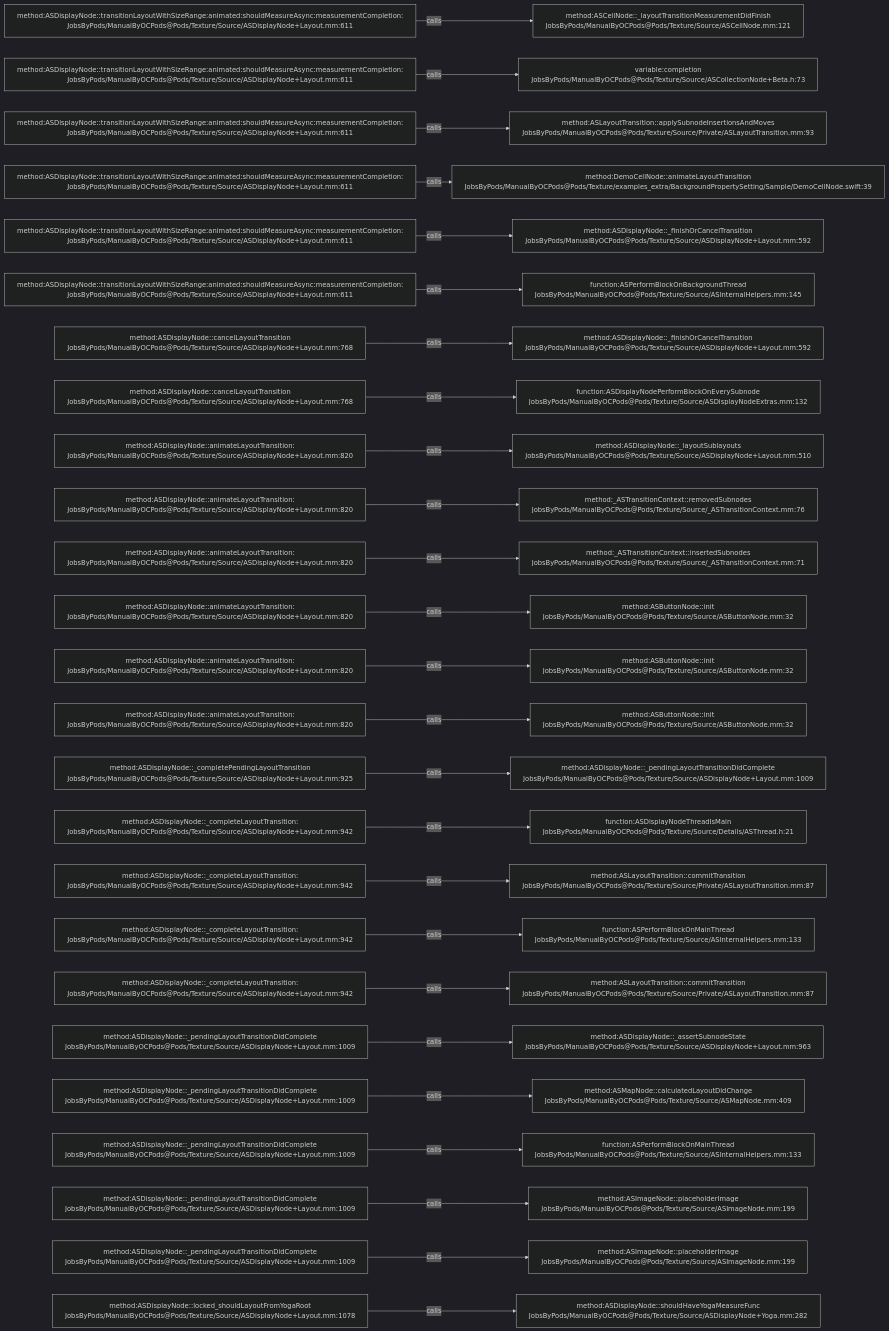
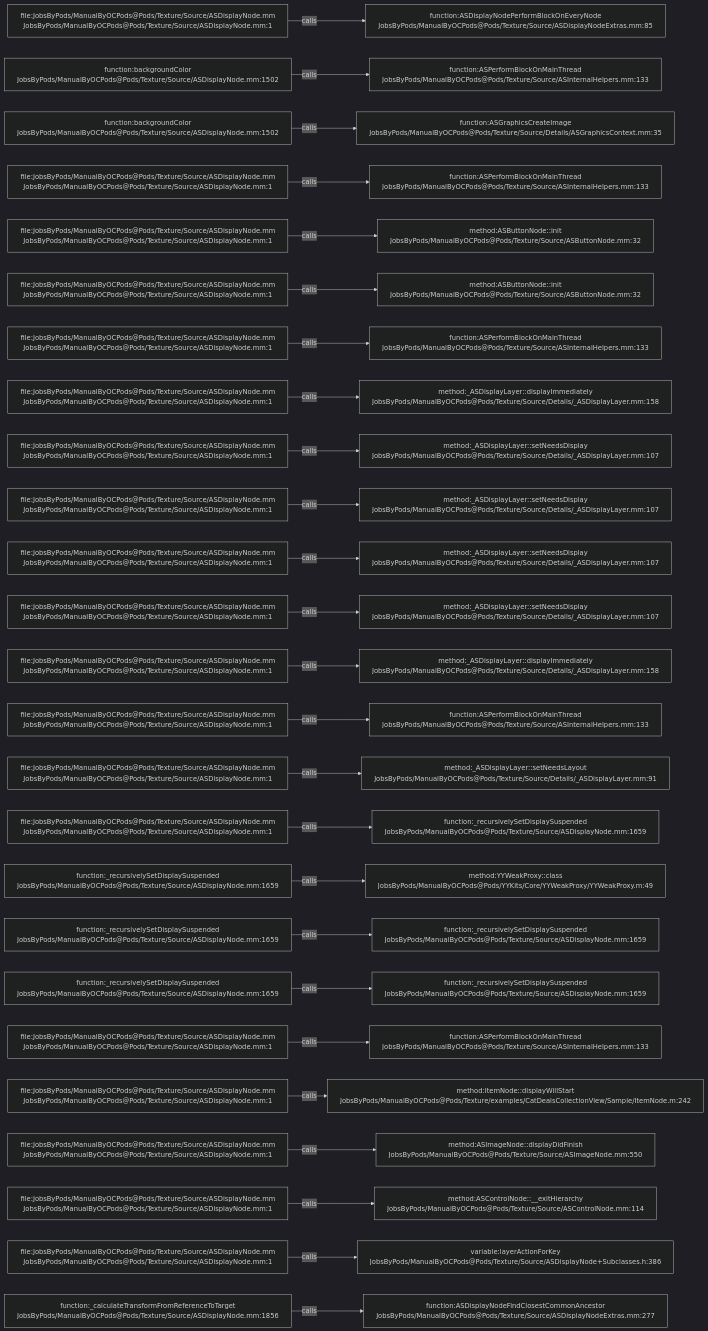
The diagram in .codegraph/codegraph.md/graphs/calls-085.md (JobsKits/JobsOCBaseConfigDemo), drawn with Mermaid (dark theme) before and after one commit. The commit also changed 2723 other files, not shown here.

````diff
--- a/.codegraph/codegraph.md/graphs/calls-085.md
+++ b/.codegraph/codegraph.md/graphs/calls-085.md
@@ -13,78 +13,78 @@
 ```mermaid
 flowchart LR
-  S1["method:ASDisplayNode::transitionLayoutWithSizeRange:animated:shouldMeasureAsync:measurementCompletion:<br/>JobsByPods/ManualByOCPods@Pods/Texture/Source/ASDisplayNode+Layout.mm:611"]
-  T1["method:ASCellNode::_layoutTransitionMeasurementDidFinish<br/>JobsByPods/ManualByOCPods@Pods/Texture/Source/ASCellNode.mm:121"]
+  S1["file:JobsByPods/ManualByOCPods@Pods/Texture/Source/ASDisplayNode.mm<br/>JobsByPods/ManualByOCPods@Pods/Texture/Source/ASDisplayNode.mm:1"]
+  T1["function:ASDisplayNodePerformBlockOnEveryNode<br/>JobsByPods/ManualByOCPods@Pods/Texture/Source/ASDisplayNodeExtras.mm:85"]
   S1 -->|calls| T1
-  S2["method:ASDisplayNode::transitionLayoutWithSizeRange:animated:shouldMeasureAsync:measurementCompletion:<br/>JobsByPods/ManualByOCPods@Pods/Texture/Source/ASDisplayNode+Layout.mm:611"]
-  T2["variable:completion<br/>JobsByPods/ManualByOCPods@Pods/Texture/Source/ASCollectionNode+Beta.h:73"]
+  S2["function:backgroundColor<br/>JobsByPods/ManualByOCPods@Pods/Texture/Source/ASDisplayNode.mm:1502"]
+  T2["function:ASPerformBlockOnMainThread<br/>JobsByPods/ManualByOCPods@Pods/Texture/Source/ASInternalHelpers.mm:133"]
   S2 -->|calls| T2
-  S3["method:ASDisplayNode::transitionLayoutWithSizeRange:animated:shouldMeasureAsync:measurementCompletion:<br/>JobsByPods/ManualByOCPods@Pods/Texture/Source/ASDisplayNode+Layout.mm:611"]
-  T3["method:ASLayoutTransition::applySubnodeInsertionsAndMoves<br/>JobsByPods/ManualByOCPods@Pods/Texture/Source/Private/ASLayoutTransition.mm:93"]
+  S3["function:backgroundColor<br/>JobsByPods/ManualByOCPods@Pods/Texture/Source/ASDisplayNode.mm:1502"]
+  T3["function:ASGraphicsCreateImage<br/>JobsByPods/ManualByOCPods@Pods/Texture/Source/Details/ASGraphicsContext.mm:35"]
   S3 -->|calls| T3
-  S4["method:ASDisplayNode::transitionLayoutWithSizeRange:animated:shouldMeasureAsync:measurementCompletion:<br/>JobsByPods/ManualByOCPods@Pods/Texture/Source/ASDisplayNode+Layout.mm:611"]
-  T4["method:DemoCellNode::animateLayoutTransition<br/>JobsByPods/ManualByOCPods@Pods/Texture/examples_extra/BackgroundPropertySetting/Sample/DemoCellNode.swift:39"]
+  S4["file:JobsByPods/ManualByOCPods@Pods/Texture/Source/ASDisplayNode.mm<br/>JobsByPods/ManualByOCPods@Pods/Texture/Source/ASDisplayNode.mm:1"]
+  T4["function:ASPerformBlockOnMainThread<br/>JobsByPods/ManualByOCPods@Pods/Texture/Source/ASInternalHelpers.mm:133"]
   S4 -->|calls| T4
-  S5["method:ASDisplayNode::transitionLayoutWithSizeRange:animated:shouldMeasureAsync:measurementCompletion:<br/>JobsByPods/ManualByOCPods@Pods/Texture/Source/ASDisplayNode+Layout.mm:611"]
-  T5["method:ASDisplayNode::_finishOrCancelTransition<br/>JobsByPods/ManualByOCPods@Pods/Texture/Source/ASDisplayNode+Layout.mm:592"]
+  S5["file:JobsByPods/ManualByOCPods@Pods/Texture/Source/ASDisplayNode.mm<br/>JobsByPods/ManualByOCPods@Pods/Texture/Source/ASDisplayNode.mm:1"]
+  T5["method:ASButtonNode::init<br/>JobsByPods/ManualByOCPods@Pods/Texture/Source/ASButtonNode.mm:32"]
   S5 -->|calls| T5
-  S6["method:ASDisplayNode::transitionLayoutWithSizeRange:animated:shouldMeasureAsync:measurementCompletion:<br/>JobsByPods/ManualByOCPods@Pods/Texture/Source/ASDisplayNode+Layout.mm:611"]
-  T6["function:ASPerformBlockOnBackgroundThread<br/>JobsByPods/ManualByOCPods@Pods/Texture/Source/ASInternalHelpers.mm:145"]
+  S6["file:JobsByPods/ManualByOCPods@Pods/Texture/Source/ASDisplayNode.mm<br/>JobsByPods/ManualByOCPods@Pods/Texture/Source/ASDisplayNode.mm:1"]
+  T6["method:ASButtonNode::init<br/>JobsByPods/ManualByOCPods@Pods/Texture/Source/ASButtonNode.mm:32"]
   S6 -->|calls| T6
-  S7["method:ASDisplayNode::cancelLayoutTransition<br/>JobsByPods/ManualByOCPods@Pods/Texture/Source/ASDisplayNode+Layout.mm:768"]
-  T7["method:ASDisplayNode::_finishOrCancelTransition<br/>JobsByPods/ManualByOCPods@Pods/Texture/Source/ASDisplayNode+Layout.mm:592"]
+  S7["file:JobsByPods/ManualByOCPods@Pods/Texture/Source/ASDisplayNode.mm<br/>JobsByPods/ManualByOCPods@Pods/Texture/Source/ASDisplayNode.mm:1"]
+  T7["function:ASPerformBlockOnMainThread<br/>JobsByPods/ManualByOCPods@Pods/Texture/Source/ASInternalHelpers.mm:133"]
   S7 -->|calls| T7
-  S8["method:ASDisplayNode::cancelLayoutTransition<br/>JobsByPods/ManualByOCPods@Pods/Texture/Source/ASDisplayNode+Layout.mm:768"]
-  T8["function:ASDisplayNodePerformBlockOnEverySubnode<br/>JobsByPods/ManualByOCPods@Pods/Texture/Source/ASDisplayNodeExtras.mm:132"]
+  S8["file:JobsByPods/ManualByOCPods@Pods/Texture/Source/ASDisplayNode.mm<br/>JobsByPods/ManualByOCPods@Pods/Texture/Source/ASDisplayNode.mm:1"]
+  T8["method:_ASDisplayLayer::displayImmediately<br/>JobsByPods/ManualByOCPods@Pods/Texture/Source/Details/_ASDisplayLayer.mm:158"]
   S8 -->|calls| T8
-  S9["method:ASDisplayNode::animateLayoutTransition:<br/>JobsByPods/ManualByOCPods@Pods/Texture/Source/ASDisplayNode+Layout.mm:820"]
-  T9["method:ASDisplayNode::_layoutSublayouts<br/>JobsByPods/ManualByOCPods@Pods/Texture/Source/ASDisplayNode+Layout.mm:510"]
+  S9["file:JobsByPods/ManualByOCPods@Pods/Texture/Source/ASDisplayNode.mm<br/>JobsByPods/ManualByOCPods@Pods/Texture/Source/ASDisplayNode.mm:1"]
+  T9["method:_ASDisplayLayer::setNeedsDisplay<br/>JobsByPods/ManualByOCPods@Pods/Texture/Source/Details/_ASDisplayLayer.mm:107"]
   S9 -->|calls| T9
-  S10["method:ASDisplayNode::animateLayoutTransition:<br/>JobsByPods/ManualByOCPods@Pods/Texture/Source/ASDisplayNode+Layout.mm:820"]
-  T10["method:_ASTransitionContext::removedSubnodes<br/>JobsByPods/ManualByOCPods@Pods/Texture/Source/_ASTransitionContext.mm:76"]
+  S10["file:JobsByPods/ManualByOCPods@Pods/Texture/Source/ASDisplayNode.mm<br/>JobsByPods/ManualByOCPods@Pods/Texture/Source/ASDisplayNode.mm:1"]
+  T10["method:_ASDisplayLayer::setNeedsDisplay<br/>JobsByPods/ManualByOCPods@Pods/Texture/Source/Details/_ASDisplayLayer.mm:107"]
   S10 -->|calls| T10
-  S11["method:ASDisplayNode::animateLayoutTransition:<br/>JobsByPods/ManualByOCPods@Pods/Texture/Source/ASDisplayNode+Layout.mm:820"]
-  T11["method:_ASTransitionContext::insertedSubnodes<br/>JobsByPods/ManualByOCPods@Pods/Texture/Source/_ASTransitionContext.mm:71"]
+  S11["file:JobsByPods/ManualByOCPods@Pods/Texture/Source/ASDisplayNode.mm<br/>JobsByPods/ManualByOCPods@Pods/Texture/Source/ASDisplayNode.mm:1"]
+  T11["method:_ASDisplayLayer::setNeedsDisplay<br/>JobsByPods/ManualByOCPods@Pods/Texture/Source/Details/_ASDisplayLayer.mm:107"]
   S11 -->|calls| T11
-  S12["method:ASDisplayNode::animateLayoutTransition:<br/>JobsByPods/ManualByOCPods@Pods/Texture/Source/ASDisplayNode+Layout.mm:820"]
-  T12["method:ASButtonNode::init<br/>JobsByPods/ManualByOCPods@Pods/Texture/Source/ASButtonNode.mm:32"]
+  S12["file:JobsByPods/ManualByOCPods@Pods/Texture/Source/ASDisplayNode.mm<br/>JobsByPods/ManualByOCPods@Pods/Texture/Source/ASDisplayNode.mm:1"]
+  T12["method:_ASDisplayLayer::setNeedsDisplay<br/>JobsByPods/ManualByOCPods@Pods/Texture/Source/Details/_ASDisplayLayer.mm:107"]
   S12 -->|calls| T12
-  S13["method:ASDisplayNode::animateLayoutTransition:<br/>JobsByPods/ManualByOCPods@Pods/Texture/Source/ASDisplayNode+Layout.mm:820"]
-  T13["method:ASButtonNode::init<br/>JobsByPods/ManualByOCPods@Pods/Texture/Source/ASButtonNode.mm:32"]
+  S13["file:JobsByPods/ManualByOCPods@Pods/Texture/Source/ASDisplayNode.mm<br/>JobsByPods/ManualByOCPods@Pods/Texture/Source/ASDisplayNode.mm:1"]
+  T13["method:_ASDisplayLayer::displayImmediately<br/>JobsByPods/ManualByOCPods@Pods/Texture/Source/Details/_ASDisplayLayer.mm:158"]
   S13 -->|calls| T13
-  S14["method:ASDisplayNode::animateLayoutTransition:<br/>JobsByPods/ManualByOCPods@Pods/Texture/Source/ASDisplayNode+Layout.mm:820"]
-  T14["method:ASButtonNode::init<br/>JobsByPods/ManualByOCPods@Pods/Texture/Source/ASButtonNode.mm:32"]
+  S14["file:JobsByPods/ManualByOCPods@Pods/Texture/Source/ASDisplayNode.mm<br/>JobsByPods/ManualByOCPods@Pods/Texture/Source/ASDisplayNode.mm:1"]
+  T14["function:ASPerformBlockOnMainThread<br/>JobsByPods/ManualByOCPods@Pods/Texture/Source/ASInternalHelpers.mm:133"]
   S14 -->|calls| T14
-  S15["method:ASDisplayNode::_completePendingLayoutTransition<br/>JobsByPods/ManualByOCPods@Pods/Texture/Source/ASDisplayNode+Layout.mm:925"]
-  T15["method:ASDisplayNode::_pendingLayoutTransitionDidComplete<br/>JobsByPods/ManualByOCPods@Pods/Texture/Source/ASDisplayNode+Layout.mm:1009"]
+  S15["file:JobsByPods/ManualByOCPods@Pods/Texture/Source/ASDisplayNode.mm<br/>JobsByPods/ManualByOCPods@Pods/Texture/Source/ASDisplayNode.mm:1"]
+  T15["method:_ASDisplayLayer::setNeedsLayout<br/>JobsByPods/ManualByOCPods@Pods/Texture/Source/Details/_ASDisplayLayer.mm:91"]
   S15 -->|calls| T15
-  S16["method:ASDisplayNode::_completeLayoutTransition:<br/>JobsByPods/ManualByOCPods@Pods/Texture/Source/ASDisplayNode+Layout.mm:942"]
-  T16["function:ASDisplayNodeThreadIsMain<br/>JobsByPods/ManualByOCPods@Pods/Texture/Source/Details/ASThread.h:21"]
+  S16["file:JobsByPods/ManualByOCPods@Pods/Texture/Source/ASDisplayNode.mm<br/>JobsByPods/ManualByOCPods@Pods/Texture/Source/ASDisplayNode.mm:1"]
+  T16["function:_recursivelySetDisplaySuspended<br/>JobsByPods/ManualByOCPods@Pods/Texture/Source/ASDisplayNode.mm:1659"]
   S16 -->|calls| T16
-  S17["method:ASDisplayNode::_completeLayoutTransition:<br/>JobsByPods/ManualByOCPods@Pods/Texture/Source/ASDisplayNode+Layout.mm:942"]
-  T17["method:ASLayoutTransition::commitTransition<br/>JobsByPods/ManualByOCPods@Pods/Texture/Source/Private/ASLayoutTransition.mm:87"]
+  S17["function:_recursivelySetDisplaySuspended<br/>JobsByPods/ManualByOCPods@Pods/Texture/Source/ASDisplayNode.mm:1659"]
+  T17["method:YYWeakProxy::class<br/>JobsByPods/ManualByOCPods@Pods/YYKits/Core/YYWeakProxy/YYWeakProxy.m:49"]
   S17 -->|calls| T17
-  S18["method:ASDisplayNode::_completeLayoutTransition:<br/>JobsByPods/ManualByOCPods@Pods/Texture/Source/ASDisplayNode+Layout.mm:942"]
-  T18["function:ASPerformBlockOnMainThread<br/>JobsByPods/ManualByOCPods@Pods/Texture/Source/ASInternalHelpers.mm:133"]
+  S18["function:_recursivelySetDisplaySuspended<br/>JobsByPods/ManualByOCPods@Pods/Texture/Source/ASDisplayNode.mm:1659"]
+  T18["function:_recursivelySetDisplaySuspended<br/>JobsByPods/ManualByOCPods@Pods/Texture/Source/ASDisplayNode.mm:1659"]
   S18 -->|calls| T18
-  S19["method:ASDisplayNode::_completeLayoutTransition:<br/>JobsByPods/ManualByOCPods@Pods/Texture/Source/ASDisplayNode+Layout.mm:942"]
-  T19["method:ASLayoutTransition::commitTransition<br/>JobsByPods/ManualByOCPods@Pods/Texture/Source/Private/ASLayoutTransition.mm:87"]
+  S19["function:_recursivelySetDisplaySuspended<br/>JobsByPods/ManualByOCPods@Pods/Texture/Source/ASDisplayNode.mm:1659"]
+  T19["function:_recursivelySetDisplaySuspended<br/>JobsByPods/ManualByOCPods@Pods/Texture/Source/ASDisplayNode.mm:1659"]
   S19 -->|calls| T19
-  S20["method:ASDisplayNode::_pendingLayoutTransitionDidComplete<br/>JobsByPods/ManualByOCPods@Pods/Texture/Source/ASDisplayNode+Layout.mm:1009"]
-  T20["method:ASDisplayNode::_assertSubnodeState<br/>JobsByPods/ManualByOCPods@Pods/Texture/Source/ASDisplayNode+Layout.mm:963"]
+  S20["file:JobsByPods/ManualByOCPods@Pods/Texture/Source/ASDisplayNode.mm<br/>JobsByPods/ManualByOCPods@Pods/Texture/Source/ASDisplayNode.mm:1"]
+  T20["function:ASPerformBlockOnMainThread<br/>JobsByPods/ManualByOCPods@Pods/Texture/Source/ASInternalHelpers.mm:133"]
   S20 -->|calls| T20
-  S21["method:ASDisplayNode::_pendingLayoutTransitionDidComplete<br/>JobsByPods/ManualByOCPods@Pods/Texture/Source/ASDisplayNode+Layout.mm:1009"]
-  T21["method:ASMapNode::calculatedLayoutDidChange<br/>JobsByPods/ManualByOCPods@Pods/Texture/Source/ASMapNode.mm:409"]
+  S21["file:JobsByPods/ManualByOCPods@Pods/Texture/Source/ASDisplayNode.mm<br/>JobsByPods/ManualByOCPods@Pods/Texture/Source/ASDisplayNode.mm:1"]
+  T21["method:ItemNode::displayWillStart<br/>JobsByPods/ManualByOCPods@Pods/Texture/examples/CatDealsCollectionView/Sample/ItemNode.m:242"]
   S21 -->|calls| T21
-  S22["method:ASDisplayNode::_pendingLayoutTransitionDidComplete<br/>JobsByPods/ManualByOCPods@Pods/Texture/Source/ASDisplayNode+Layout.mm:1009"]
-  T22["function:ASPerformBlockOnMainThread<br/>JobsByPods/ManualByOCPods@Pods/Texture/Source/ASInternalHelpers.mm:133"]
+  S22["file:JobsByPods/ManualByOCPods@Pods/Texture/Source/ASDisplayNode.mm<br/>JobsByPods/ManualByOCPods@Pods/Texture/Source/ASDisplayNode.mm:1"]
+  T22["method:ASImageNode::displayDidFinish<br/>JobsByPods/ManualByOCPods@Pods/Texture/Source/ASImageNode.mm:550"]
   S22 -->|calls| T22
-  S23["method:ASDisplayNode::_pendingLayoutTransitionDidComplete<br/>JobsByPods/ManualByOCPods@Pods/Texture/Source/ASDisplayNode+Layout.mm:1009"]
-  T23["method:ASImageNode::placeholderImage<br/>JobsByPods/ManualByOCPods@Pods/Texture/Source/ASImageNode.mm:199"]
+  S23["file:JobsByPods/ManualByOCPods@Pods/Texture/Source/ASDisplayNode.mm<br/>JobsByPods/ManualByOCPods@Pods/Texture/Source/ASDisplayNode.mm:1"]
+  T23["method:ASControlNode::__exitHierarchy<br/>JobsByPods/ManualByOCPods@Pods/Texture/Source/ASControlNode.mm:114"]
   S23 -->|calls| T23
-  S24["method:ASDisplayNode::_pendingLayoutTransitionDidComplete<br/>JobsByPods/ManualByOCPods@Pods/Texture/Source/ASDisplayNode+Layout.mm:1009"]
-  T24["method:ASImageNode::placeholderImage<br/>JobsByPods/ManualByOCPods@Pods/Texture/Source/ASImageNode.mm:199"]
+  S24["file:JobsByPods/ManualByOCPods@Pods/Texture/Source/ASDisplayNode.mm<br/>JobsByPods/ManualByOCPods@Pods/Texture/Source/ASDisplayNode.mm:1"]
+  T24["variable:layerActionForKey<br/>JobsByPods/ManualByOCPods@Pods/Texture/Source/ASDisplayNode+Subclasses.h:386"]
   S24 -->|calls| T24
-  S25["method:ASDisplayNode::locked_shouldLayoutFromYogaRoot<br/>JobsByPods/ManualByOCPods@Pods/Texture/Source/ASDisplayNode+Layout.mm:1078"]
-  T25["method:ASDisplayNode::shouldHaveYogaMeasureFunc<br/>JobsByPods/ManualByOCPods@Pods/Texture/Source/ASDisplayNode+Yoga.mm:282"]
+  S25["function:_calculateTransformFromReferenceToTarget<br/>JobsByPods/ManualByOCPods@Pods/Texture/Source/ASDisplayNode.mm:1856"]
+  T25["function:ASDisplayNodeFindClosestCommonAncestor<br/>JobsByPods/ManualByOCPods@Pods/Texture/Source/ASDisplayNodeExtras.mm:277"]
   S25 -->|calls| T25
 ```
````
